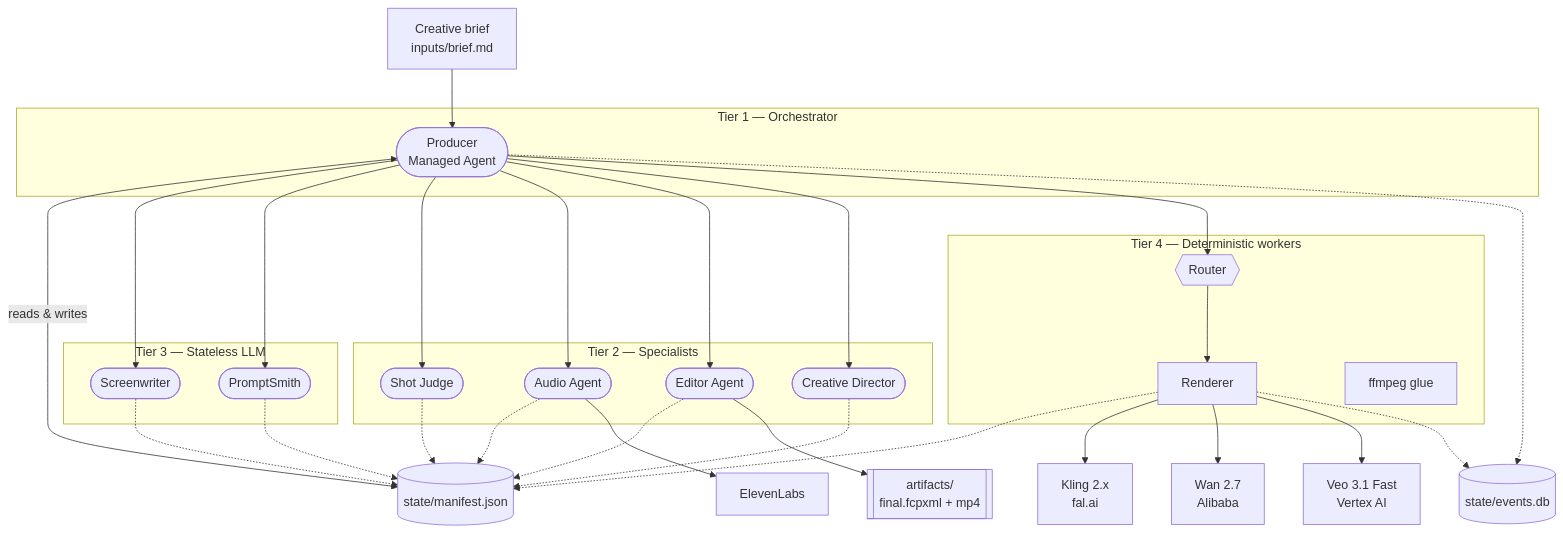
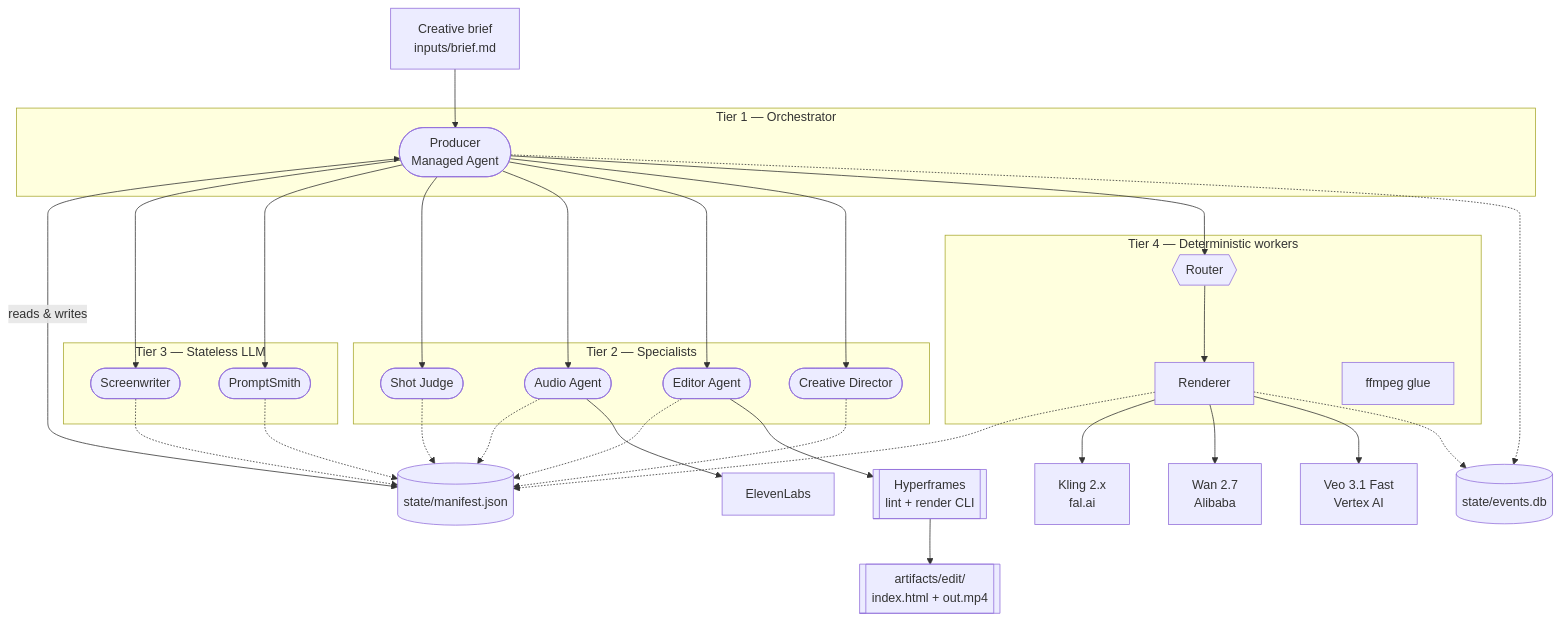
Before and after one commit to alanmaizon/rectoverso: the first of 6 diagrams in docs/architecture.md, drawn with Mermaid. The commit also changed other lines of this file and 15 other files, not shown here.

````diff
--- a/docs/architecture.md
+++ b/docs/architecture.md
@@ -15,58 +15,59 @@
 ```mermaid
 flowchart TB
     Brief[Creative brief<br/>inputs/brief.md]
 
     subgraph T1 [Tier 1 — Orchestrator]
       Producer([Producer<br/>Managed Agent])
     end
 
     subgraph T3 [Tier 3 — Stateless LLM]
       Screenwriter([Screenwriter])
       PromptSmith([PromptSmith])
     end
 
     subgraph T2 [Tier 2 — Specialists]
       ShotJudge([Shot Judge])
       AudioAgent([Audio Agent])
       EditorAgent([Editor Agent])
       CreativeDirector([Creative Director])
     end
 
     subgraph T4 [Tier 4 — Deterministic workers]
       Router{{Router}}
       Renderer[Renderer]
       FFmpeg[ffmpeg glue]
     end
 
     Manifest[(state/manifest.json)]
     Events[(state/events.db)]
 
     Brief --> Producer
     Producer <-->|reads & writes| Manifest
     Producer --> Screenwriter
     Producer --> PromptSmith
     Producer --> ShotJudge
     Producer --> AudioAgent
     Producer --> EditorAgent
     Producer --> CreativeDirector
     Producer --> Router
     Router --> Renderer
 
     Screenwriter -.-> Manifest
     PromptSmith -.-> Manifest
     ShotJudge -.-> Manifest
     AudioAgent -.-> Manifest
     EditorAgent -.-> Manifest
     CreativeDirector -.-> Manifest
     Renderer -.-> Manifest
 
     Renderer --> Kling[Kling 2.x<br/>fal.ai]
     Renderer --> Wan[Wan 2.7<br/>Alibaba]
     Renderer --> Veo[Veo 3.1 Fast<br/>Vertex AI]
     AudioAgent --> EL[ElevenLabs]
 
-    EditorAgent --> Artifacts[[artifacts/<br/>final.fcpxml + mp4]]
+    EditorAgent --> Hyperframes[[Hyperframes<br/>lint + render CLI]]
+    Hyperframes --> Artifacts[[artifacts/edit/<br/>index.html + out.mp4]]
 
     Producer -.-> Events
     Renderer -.-> Events
 ```
````
